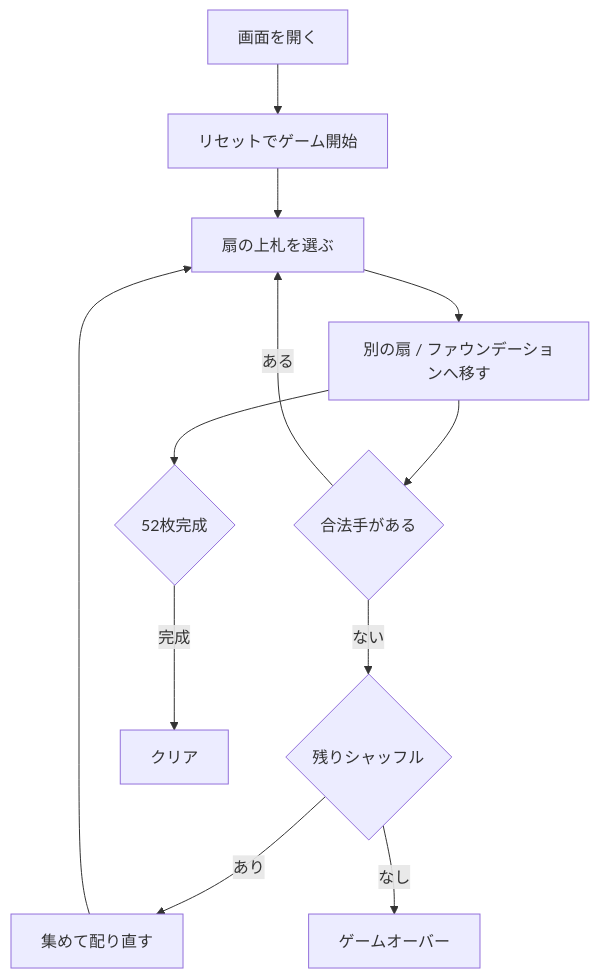
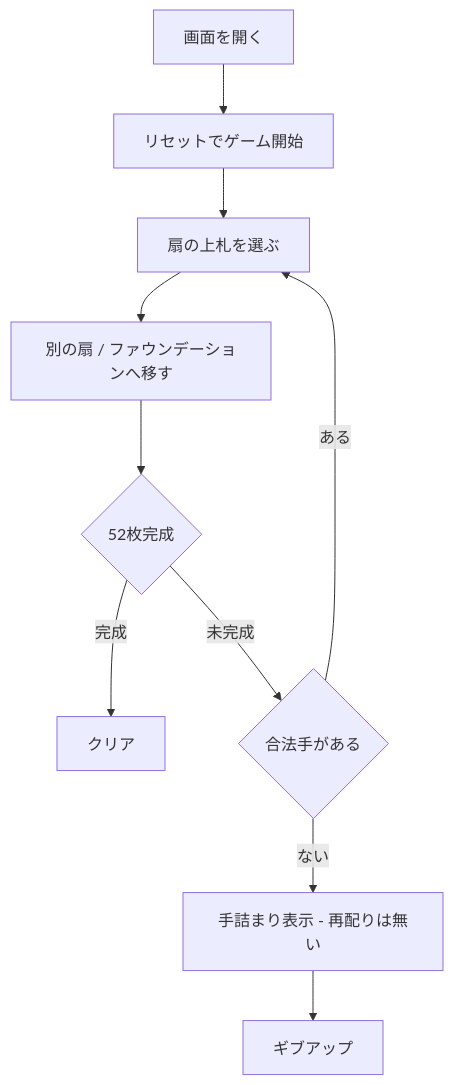
Before and after one commit to yuta-yoshinaga/go_trumpcards: the diagram in docs/manual/web/shamrocks.md, drawn with Mermaid. The commit also changed other lines of this file and 25 other files, not shown here.

````diff
--- a/docs/manual/web/shamrocks.md
+++ b/docs/manual/web/shamrocks.md
@@ -26,14 +28,12 @@
 ```mermaid
 flowchart TD
     A[画面を開く] --> B[リセットでゲーム開始]
     B --> C[扇の上札を選ぶ]
     C --> D[別の扇 / ファウンデーションへ移す]
-    D --> E{合法手がある}
-    E -->|ある| C
-    E -->|ない| F{残りシャッフル}
-    F -->|あり| G[集めて配り直す]
-    G --> C
-    F -->|なし| H[ゲームオーバー]
-    D --> I{52枚完成}
-    I -->|完成| J[クリア]
+    D --> E{52枚完成}
+    E -->|完成| F[クリア]
+    E -->|未完成| G{合法手がある}
+    G -->|ある| C
+    G -->|ない| H[手詰まり表示 - 再配りは無い]
+    H --> I[ギブアップ]
 ```
````
